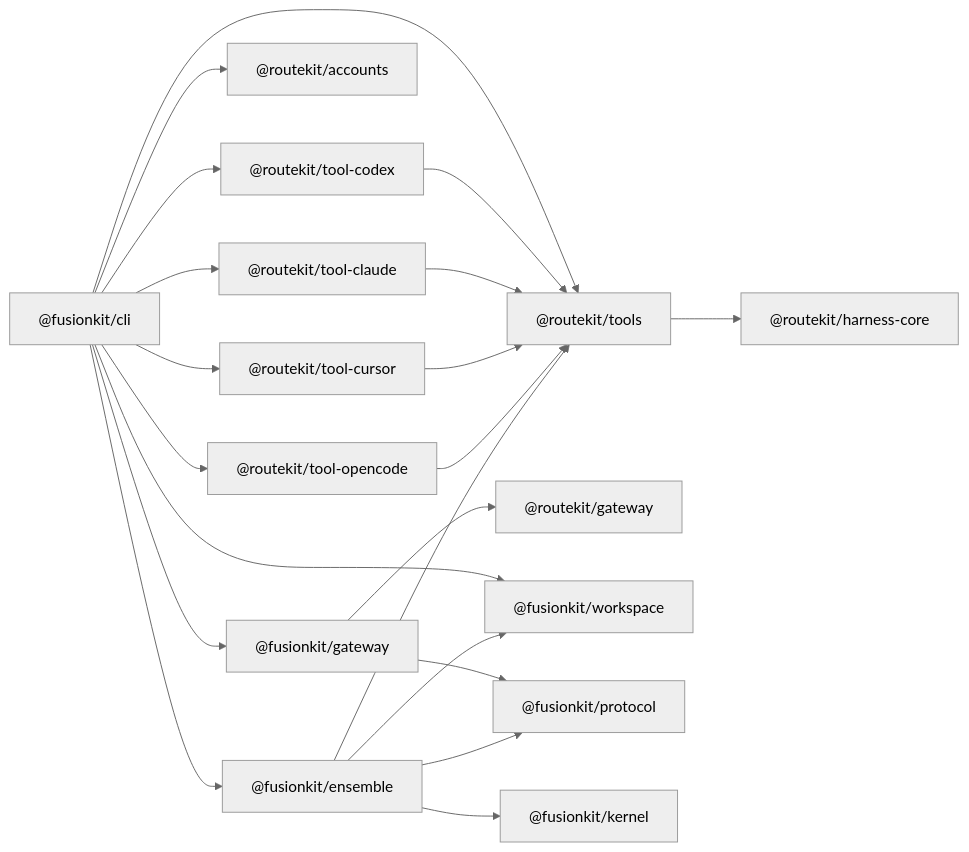
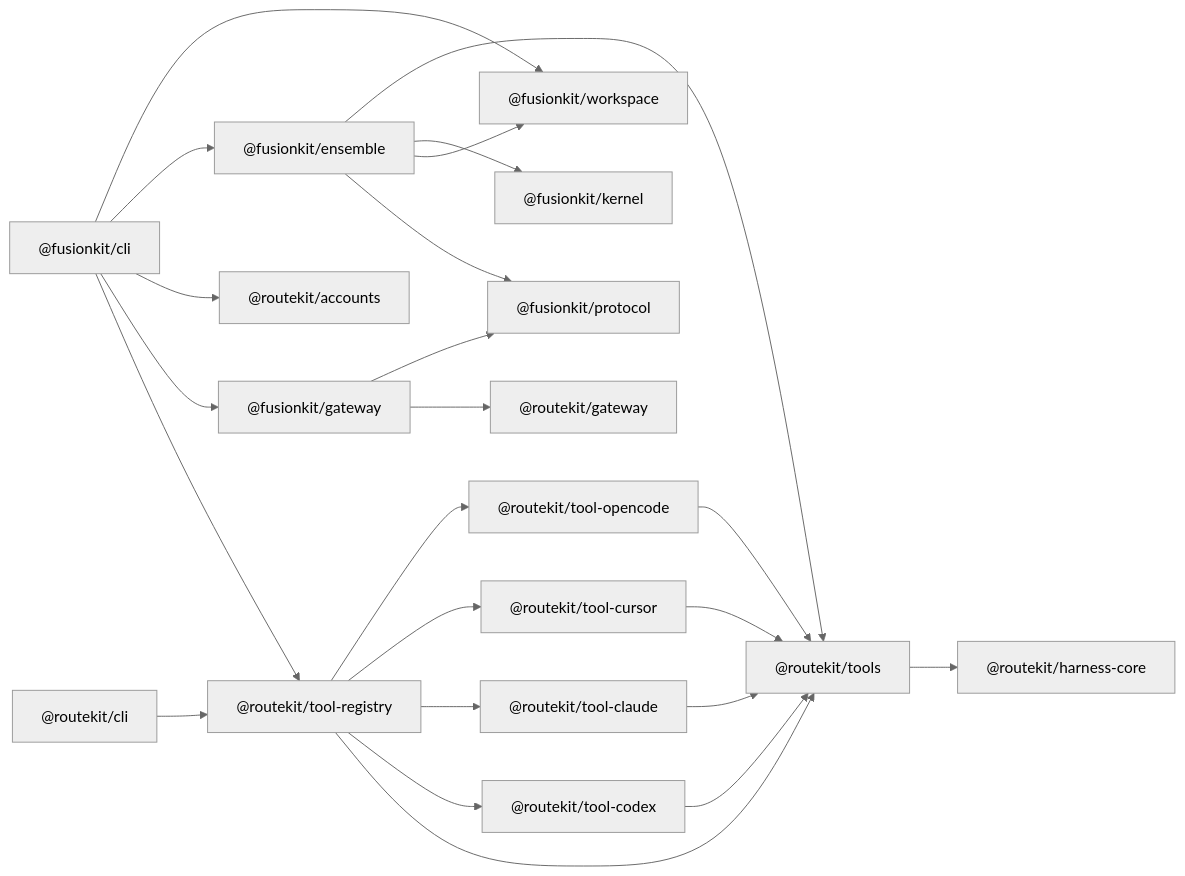
One commit to velum-labs/handoffkit changed the diagram in docs/typescript-reference.md. Above: the diagram before and after it, drawn with Mermaid (neutral theme). The commit also changed other lines of this file and 82 other files, not shown here.

````diff
--- a/docs/typescript-reference.md
+++ b/docs/typescript-reference.md
@@ -9,23 +9,25 @@
 ```mermaid
 flowchart LR
-  CLI["@fusionkit/cli"] --> Tools["@routekit/tools"]
+  CLI["@fusionkit/cli"] --> ToolRegistry["@routekit/tool-registry"]
+  RouteCLI["@routekit/cli"] --> ToolRegistry
+  ToolRegistry --> Tools["@routekit/tools"]
   CLI --> FusionGateway["@fusionkit/gateway"]
   FusionGateway --> Gateway["@routekit/gateway"]
   CLI --> Accounts["@routekit/accounts"]
   CLI --> Ensemble["@fusionkit/ensemble"]
   CLI --> Workspace["@fusionkit/workspace"]
   FusionGateway --> Protocol["@fusionkit/protocol"]
   Ensemble --> Protocol
   Ensemble --> Workspace
   Ensemble --> Kernel["@fusionkit/kernel"]
-  CLI --> Codex["@routekit/tool-codex"]
-  CLI --> Claude["@routekit/tool-claude"]
-  CLI --> Cursor["@routekit/tool-cursor"]
-  CLI --> Opencode["@routekit/tool-opencode"]
+  ToolRegistry --> Codex["@routekit/tool-codex"]
+  ToolRegistry --> Claude["@routekit/tool-claude"]
+  ToolRegistry --> Cursor["@routekit/tool-cursor"]
+  ToolRegistry --> Opencode["@routekit/tool-opencode"]
   Codex --> Tools
   Claude --> Tools
   Cursor --> Tools
   Opencode --> Tools
   Tools --> HarnessCore["@routekit/harness-core"]
   Ensemble --> Tools
 ```
````
